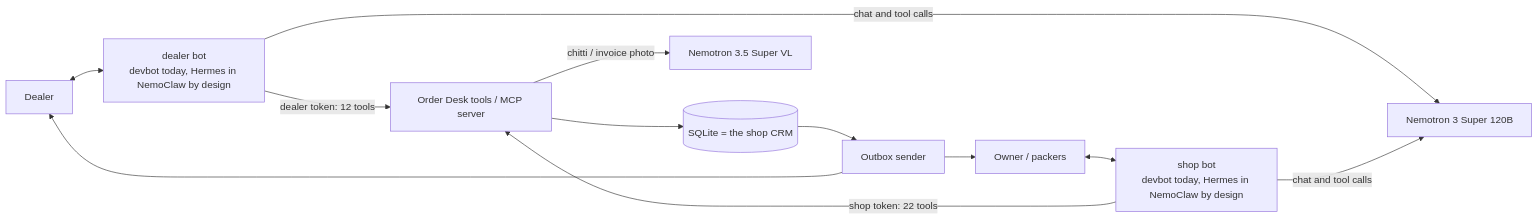
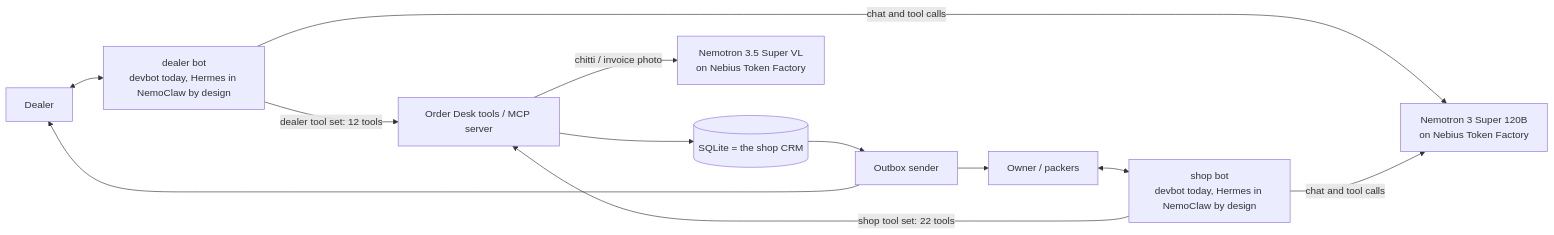
One commit to chakka-guna-sekhar-venkata-chennaiah/chitti-order-desk changed the second of 2 diagrams in README.md. Above: the diagram before and after it, drawn with Mermaid. The commit also changed other lines of this file and 4 other files, not shown here.

First line of the commit message:
docs: order-journey diagram, Token Factory labels, thinking-budget chart

````diff
--- a/README.md
+++ b/README.md
@@ -93,11 +122,11 @@
 ```mermaid
 flowchart LR
     D[Dealer] <--> HD[dealer bot<br/>devbot today, Hermes in NemoClaw by design]
     O[Owner / packers] <--> HS[shop bot<br/>devbot today, Hermes in NemoClaw by design]
-    HD -- dealer token: 12 tools --> M[Order Desk tools / MCP server]
-    HS -- shop token: 22 tools --> M
+    HD -- dealer tool set: 12 tools --> M[Order Desk tools / MCP server]
+    HS -- shop tool set: 22 tools --> M
     M --> DB[(SQLite = the shop CRM)]
-    M -- chitti / invoice photo --> VL[Nemotron 3.5 Super VL]
-    HD & HS -- chat and tool calls --> AG[Nemotron 3 Super 120B]
+    M -- chitti / invoice photo --> VL[Nemotron 3.5 Super VL<br/>on Nebius Token Factory]
+    HD & HS -- chat and tool calls --> AG[Nemotron 3 Super 120B<br/>on Nebius Token Factory]
     DB --> W[Outbox sender] --> D & O
 ```
````
